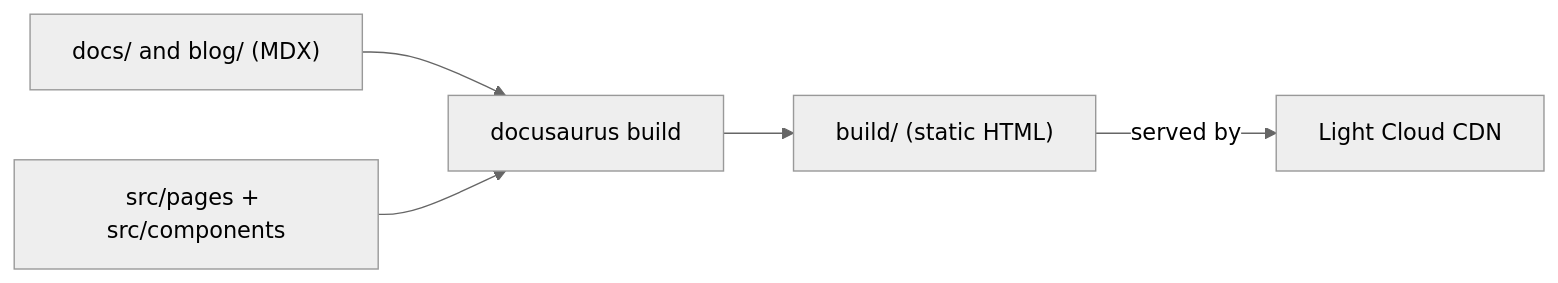
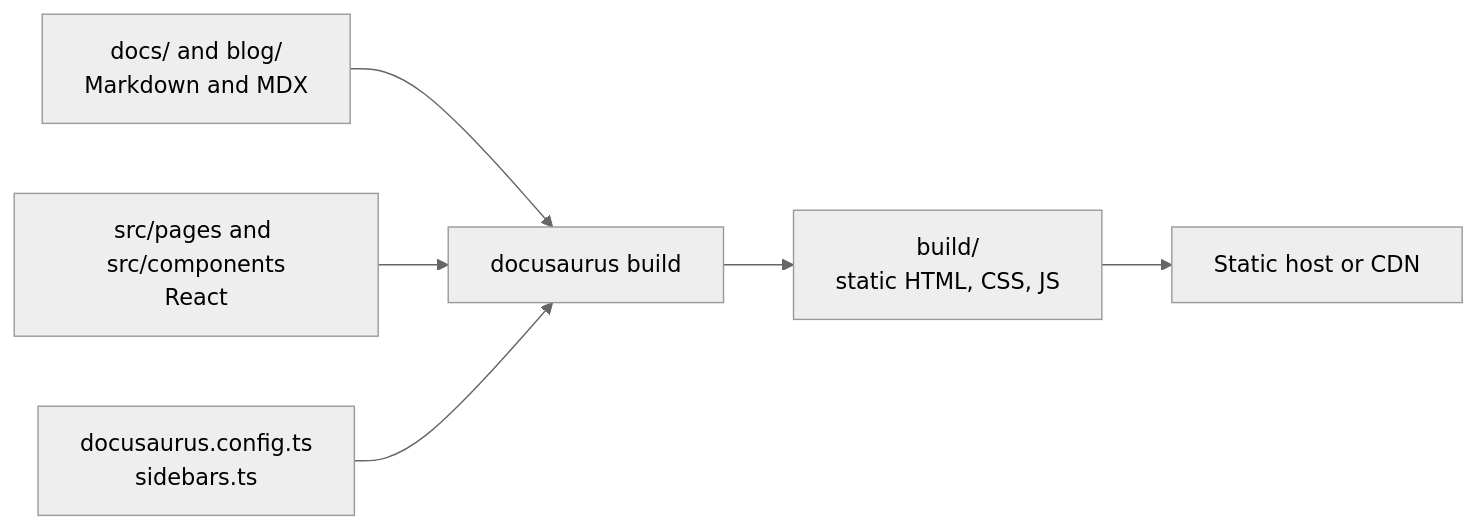
Before and after one commit to light-cloud-com/templates: the diagram in starters/starter-docusaurus/README.md, drawn with Mermaid (neutral theme). The commit also changed other lines of this file and 2 other files, not shown here.

First line of the commit message:
README: Docusaurus documentation site starter landing page

````diff
--- a/starters/starter-docusaurus/README.md
+++ b/starters/starter-docusaurus/README.md
@@ -27,7 +105,8 @@
 ```mermaid
 flowchart LR
-    docs["docs/ and blog/ (MDX)"] --> build["docusaurus build"]
-    pages["src/pages + src/components"] --> build
-    build --> out["build/ (static HTML)"]
-    out -->|served by| lc["Light Cloud CDN"]
+    docs["docs/ and blog/<br/>Markdown and MDX"] --> build["docusaurus build"]
+    pages["src/pages and src/components<br/>React"] --> build
+    config["docusaurus.config.ts<br/>sidebars.ts"] --> build
+    build --> out["build/<br/>static HTML, CSS, JS"]
+    out --> cdn["Static host or CDN"]
 ```
````
